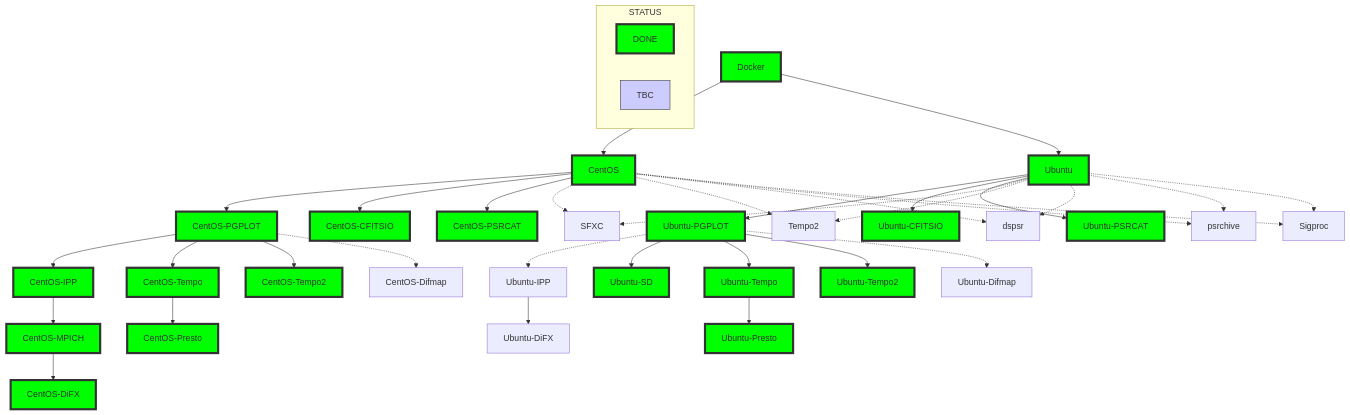
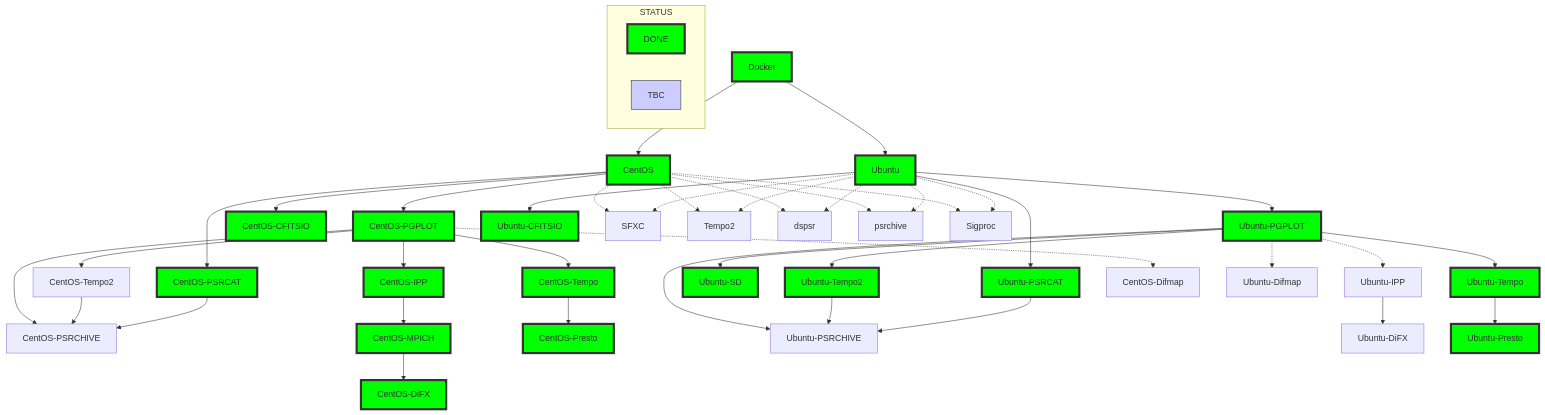
Before and after one commit to shaoguangleo/AstroSoft: the diagram in images/README.md, drawn with Mermaid. The commit also changed 2 other files, not shown here.

Commit message:
Update with psrchive

```diff
--- a/images/README.md
+++ b/images/README.md
@@ -13,6 +13,10 @@
     CentOS-PGPLOT --> CentOS-IPP;
     CentOS-PGPLOT --> CentOS-Tempo;
     CentOS-PGPLOT --> CentOS-Tempo2;
+    
+    CentOS-PGPLOT --> CentOS-PSRCHIVE;
+    CentOS-Tempo2 --> CentOS-PSRCHIVE;
+    CentOS-PSRCAT --> CentOS-PSRCHIVE;
 
     CentOS-IPP --> CentOS-MPICH;
     CentOS-MPICH --> CentOS-DiFX;
@@ -28,6 +32,10 @@
     Ubuntu-PGPLOT --> Ubuntu-SD;
     Ubuntu-PGPLOT --> Ubuntu-Tempo;
     Ubuntu-PGPLOT --> Ubuntu-Tempo2;
+    
+    Ubuntu-PGPLOT --> Ubuntu-PSRCHIVE;
+    Ubuntu-Tempo2 --> Ubuntu-PSRCHIVE;
+    Ubuntu-PSRCAT --> Ubuntu-PSRCHIVE;
 
     Ubuntu-IPP --> Ubuntu-DiFX;
     Ubuntu-Tempo --> Ubuntu-Presto;
@@ -56,7 +64,7 @@
     style CentOS-MPICH fill:#0f0,stroke:#333,stroke-width:4px;
     style CentOS-DiFX fill:#0f0,stroke:#333,stroke-width:4px;
     style CentOS-Tempo fill:#0f0,stroke:#333,stroke-width:4px;
-    style CentOS-Tempo2 fill:#0f0,stroke:#333,stroke-width:4px;
+    %%style CentOS-Tempo2 fill:#0f0,stroke:#333,stroke-width:4px;
     style CentOS-Presto fill:#0f0,stroke:#333,stroke-width:4px;
 
     style Ubuntu fill:#0f0,stroke:#333,stroke-width:4px;
```
